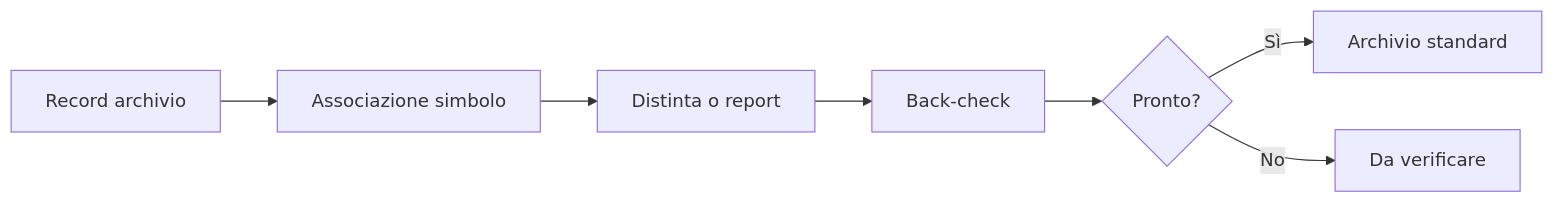
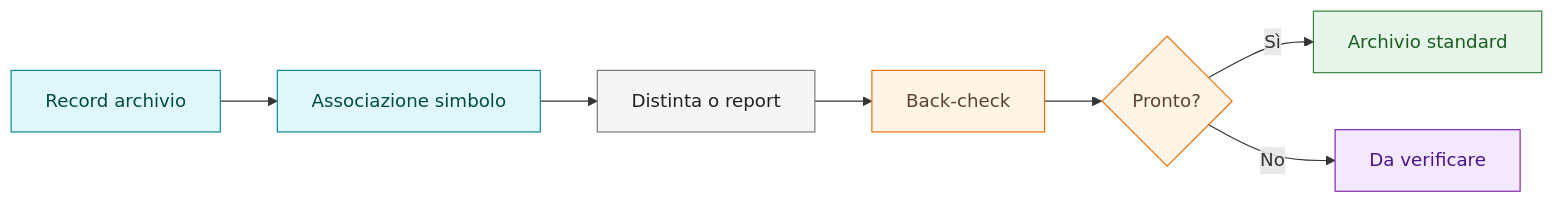
Before and after one commit to robertochello/spac-start-knowledge-base: the second of 2 diagrams in docs/21-material-archives.md, drawn with Mermaid. The commit also changed other lines of this file and 27 other files, not shown here.

Commit message:
docs: standardize diagrams and visual cues

````diff
--- a/docs/21-material-archives.md
+++ b/docs/21-material-archives.md
@@ -54,9 +74,15 @@
 ```mermaid
 flowchart LR
-    A[Record archivio] --> B[Associazione simbolo]
-    B --> C[Distinta o report]
-    C --> D[Back-check]
-    D --> E{Pronto?}
-    E -->|Sì| F[Archivio standard]
-    E -->|No| G[Da verificare]
+    A[Record archivio]:::data --> B[Associazione simbolo]:::data
+    B --> C[Distinta o report]:::process
+    C --> D[Back-check]:::warn
+    D --> E{Pronto?}:::warn
+    E -->|Sì| F[Archivio standard]:::ok
+    E -->|No| G[Da verificare]:::todo
+
+    classDef ok fill:#e6f4ea,stroke:#2e7d32,color:#1b5e20;
+    classDef warn fill:#fff4e5,stroke:#ef6c00,color:#5d4037;
+    classDef todo fill:#f3e8ff,stroke:#7b1fa2,color:#4a148c;
+    classDef data fill:#e0f7fa,stroke:#00838f,color:#004d40;
+    classDef process fill:#f5f5f5,stroke:#757575,color:#212121;
 ```
````
